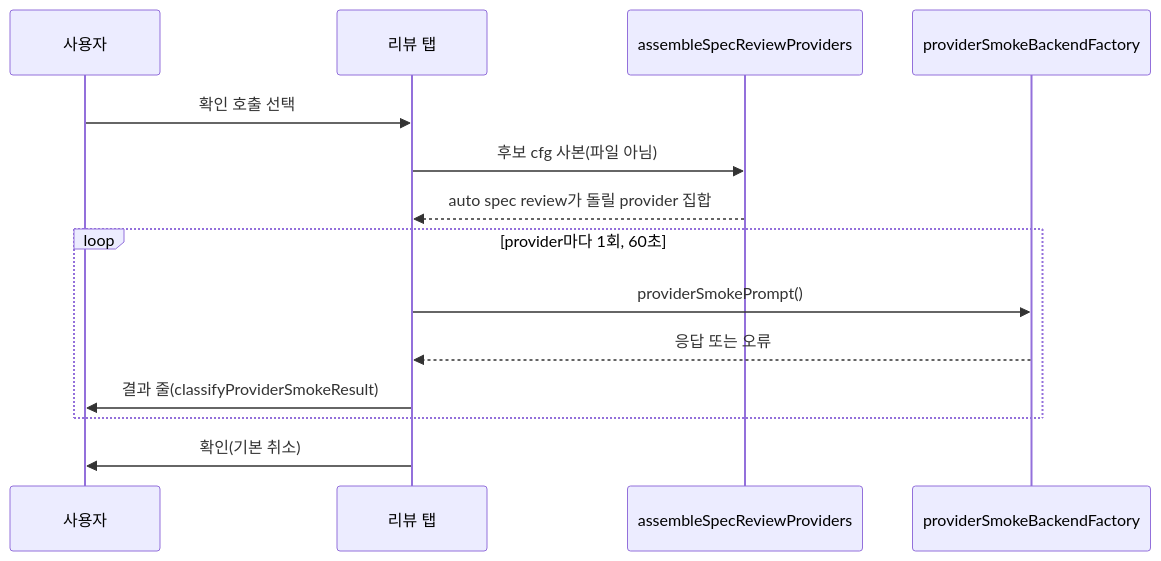
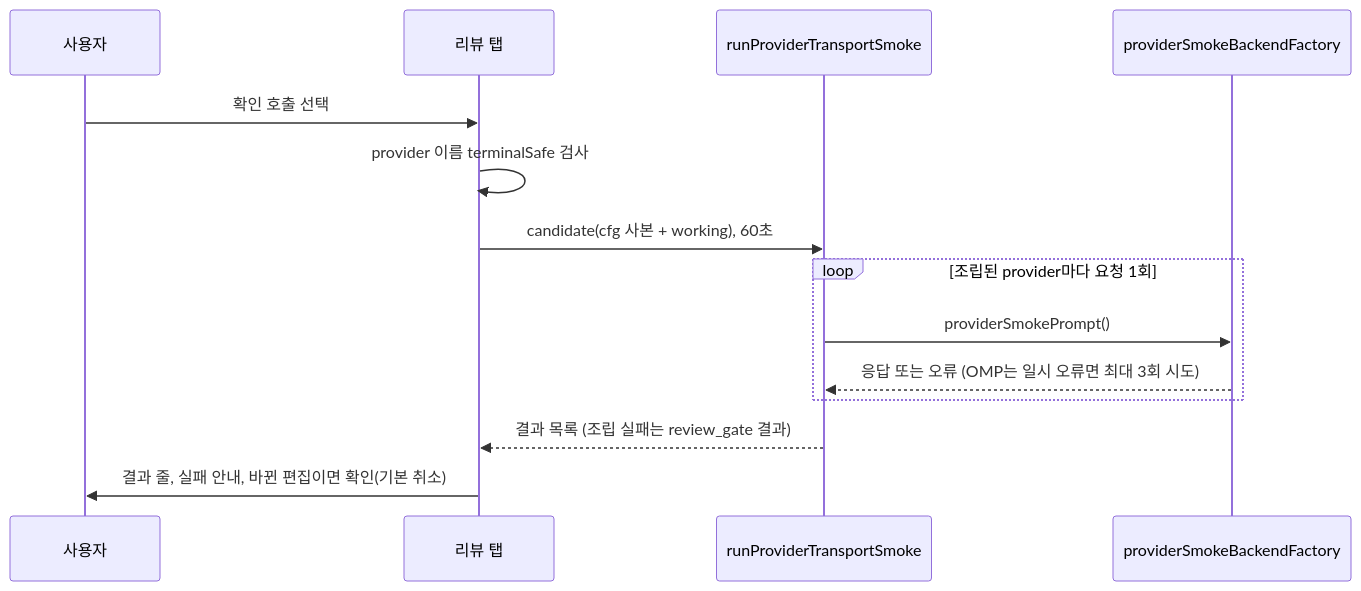
One commit to Oscar-Williams/autopus-adk changed the diagram in .autopus/specs/SPEC-REVMODEL-001/research.md. Above: the diagram before and after it, drawn with Mermaid. The commit also changed other lines of this file and 5 other files, not shown here.

````diff
--- a/.autopus/specs/SPEC-REVMODEL-001/research.md
+++ b/.autopus/specs/SPEC-REVMODEL-001/research.md
@@ -54,16 +55,16 @@
 ```mermaid
 sequenceDiagram
   participant U as 사용자
   participant T as 리뷰 탭
-  participant A as assembleSpecReviewProviders
+  participant S as runProviderTransportSmoke
   participant B as providerSmokeBackendFactory
   U->>T: 확인 호출 선택
-  T->>A: 후보 cfg 사본(파일 아님)
-  A-->>T: auto spec review가 돌릴 provider 집합
-  loop provider마다 1회, 60초
-    T->>B: providerSmokePrompt()
-    B-->>T: 응답 또는 오류
-    T->>U: 결과 줄(classifyProviderSmokeResult)
+  T->>T: provider 이름 terminalSafe 검사
+  T->>S: candidate(cfg 사본 + working), 60초
+  loop 조립된 provider마다 요청 1회
+    S->>B: providerSmokePrompt()
+    B-->>S: 응답 또는 오류 (OMP는 일시 오류면 최대 3회 시도)
   end
-  T->>U: 확인(기본 취소)
+  S-->>T: 결과 목록 (조립 실패는 review_gate 결과)
+  T->>U: 결과 줄, 실패 안내, 바뀐 편집이면 확인(기본 취소)
 ```
````
